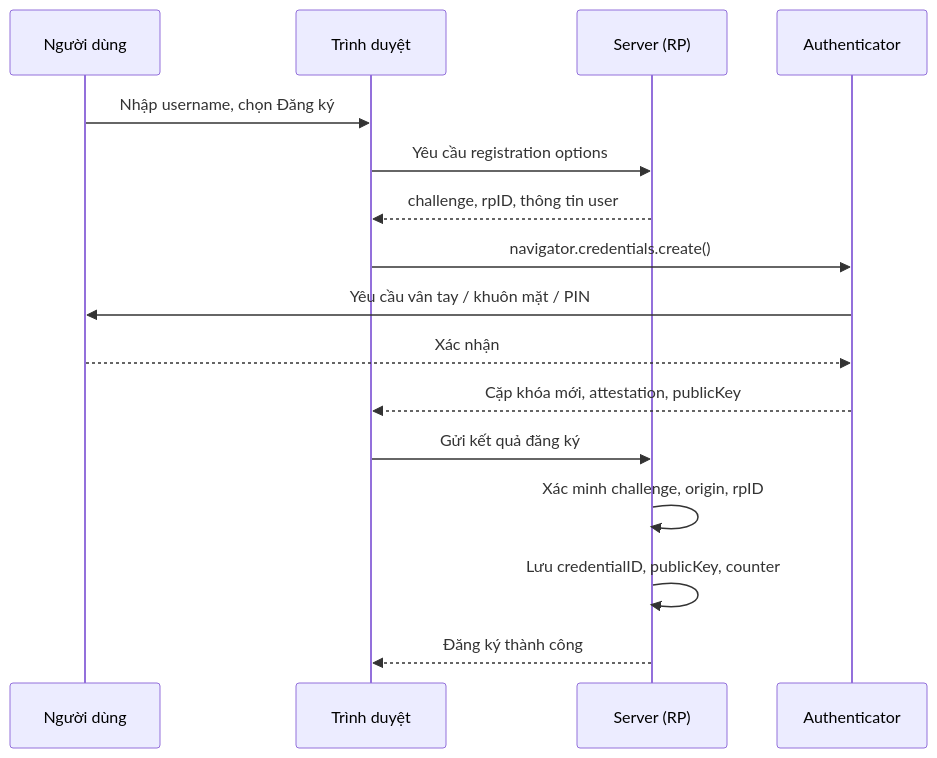
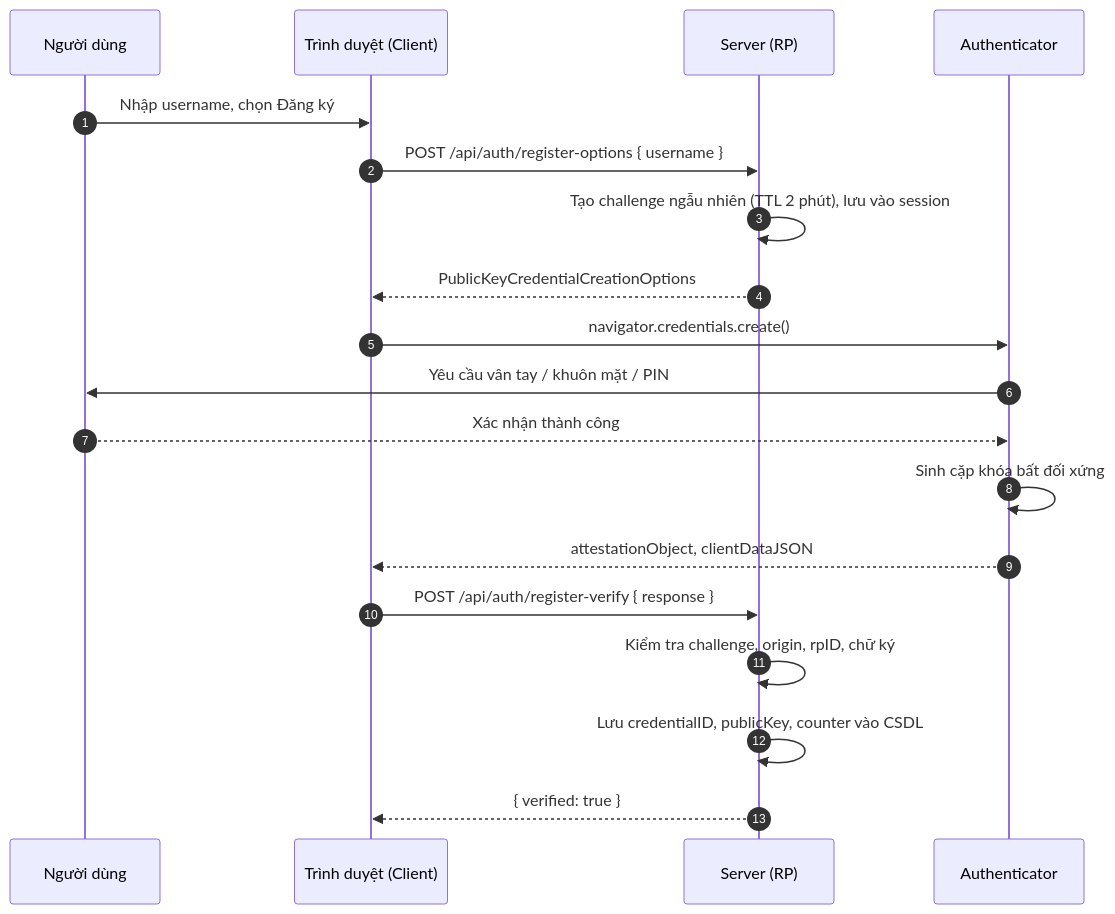
Before and after one commit to nguyenquockiet2462005/fido2: the first of 3 diagrams in README.md, drawn with Mermaid. The commit also changed other lines of this file, not shown here.

````diff
--- a/README.md
+++ b/README.md
@@ -51,19 +75,22 @@
 ```mermaid
 sequenceDiagram
+    autonumber
     participant U as Người dùng
-    participant B as Trình duyệt
+    participant C as Trình duyệt (Client)
     participant S as Server (RP)
     participant A as Authenticator
 
-    U->>B: Nhập username, chọn Đăng ký
-    B->>S: Yêu cầu registration options
-    S-->>B: challenge, rpID, thông tin user
-    B->>A: navigator.credentials.create()
+    U->>C: Nhập username, chọn Đăng ký
+    C->>S: POST /api/auth/register-options { username }
+    S->>S: Tạo challenge ngẫu nhiên (TTL 2 phút), lưu vào session
+    S-->>C: PublicKeyCredentialCreationOptions
+    C->>A: navigator.credentials.create()
     A->>U: Yêu cầu vân tay / khuôn mặt / PIN
-    U-->>A: Xác nhận
-    A-->>B: Cặp khóa mới, attestation, publicKey
-    B->>S: Gửi kết quả đăng ký
-    S->>S: Xác minh challenge, origin, rpID
-    S->>S: Lưu credentialID, publicKey, counter
-    S-->>B: Đăng ký thành công
+    U-->>A: Xác nhận thành công
+    A->>A: Sinh cặp khóa bất đối xứng
+    A-->>C: attestationObject, clientDataJSON
+    C->>S: POST /api/auth/register-verify { response }
+    S->>S: Kiểm tra challenge, origin, rpID, chữ ký
+    S->>S: Lưu credentialID, publicKey, counter vào CSDL
+    S-->>C: { verified: true }
 ```
````
